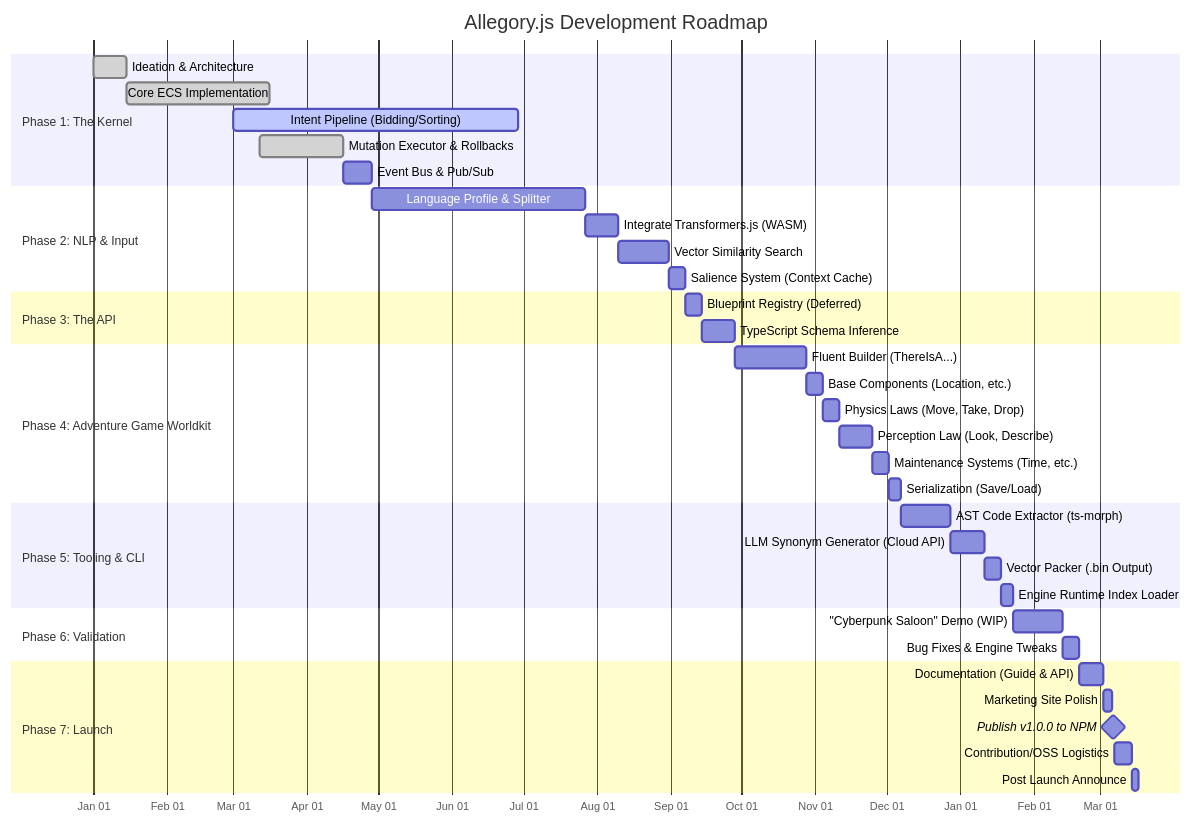
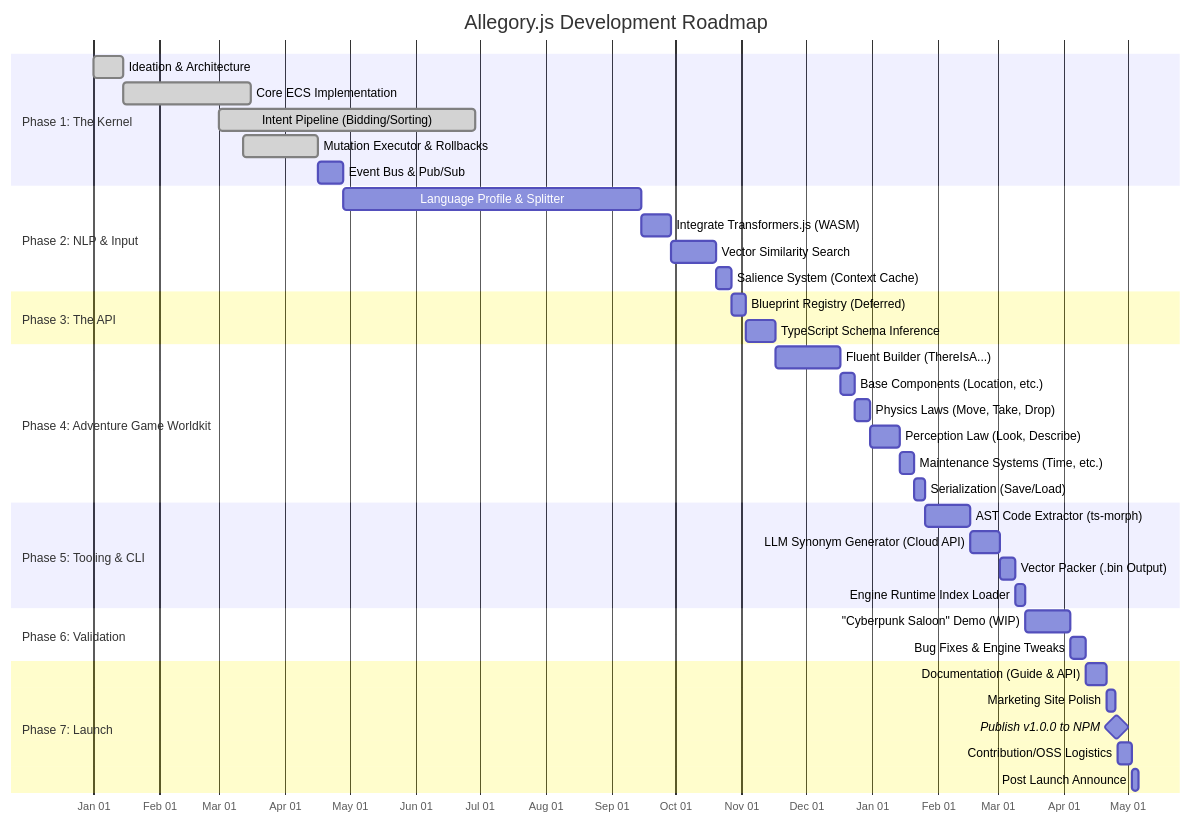
The diagram in README.md (allegoryjs/allegoryjs), drawn with Mermaid before and after one commit.

Commit message:
update mermaid roadmap

````diff
--- a/README.md
+++ b/README.md
@@ -54,48 +54,48 @@
 ```mermaid
 gantt
     title Allegory.js Development Roadmap
     dateFormat  YYYY-MM-DD
     axisFormat  %b %d
 
     section Phase 1: The Kernel
     Ideation & Architecture           :done,    p1_1, 2026-01-01, 14d
     Core ECS Implementation           :done,    p1_2, after p1_1, 60d
-    Intent Pipeline (Bidding/Sorting) :active,  p1_3, 2026-03-01, 120d
+    Intent Pipeline (Bidding/Sorting) :done,    p1_3, 2026-03-01, 120d
     Mutation Executor & Rollbacks     :done,    p1_4, 2026-03-12, 35d
     Event Bus & Pub/Sub               :         p1_5, after p1_4, 12d
 
     section Phase 2: NLP & Input
-    Language Profile & Splitter       :         p2_1, after p1_5, 90d
+    Language Profile & Splitter       :         p2_1, after p1_5, 140d
     Integrate Transformers.js (WASM)  :         p2_2, after p2_1, 14d
     Vector Similarity Search          :         p2_3, after p2_2, 21d
     Salience System (Context Cache)   :         p2_4, after p2_3, 7d
 
     section Phase 3: The API
     Blueprint Registry (Deferred)     :         p3_1, after p2_4, 7d
     TypeScript Schema Inference       :         p3_2, after p3_1, 14d
 
     section Phase 4: Adventure Game Worldkit
     Fluent Builder (ThereIsA...)      :         p4_0, after p3_2, 30d
     Base Components (Location, etc.)  :         p4_1, after p4_0, 7d
     Physics Laws (Move, Take, Drop)   :         p4_2, after p4_1, 7d
     Perception Law (Look, Describe)   :         p4_3, after p4_2, 14d
     Maintenance Systems (Time, etc.)  :         p4_4, after p4_3, 7d
     Serialization (Save/Load)         :         p4_5, after p4_4, 5d
 
     section Phase 5: Tooling & CLI
     AST Code Extractor (ts-morph)     :         t1, after p4_5, 21d
     LLM Synonym Generator (Cloud API) :         t2, after t1, 14d
     Vector Packer (.bin Output)       :         t3, after t2, 7d
     Engine Runtime Index Loader       :         t4, after t3, 5d
 
     section Phase 6: Validation
     "Cyberpunk Saloon" Demo (WIP)     :         p5_1, after t4, 21d
     Bug Fixes & Engine Tweaks         :         p5_2, after p5_1, 7d
 
     section Phase 7: Launch
     Documentation (Guide & API)       :         p6_1, after p5_2, 10d
     Marketing Site Polish             :         p6_2, after p6_1, 4d
     Publish v1.0.0 to NPM             :milestone, m1, after p6_2, 1d
     Contribution/OSS Logistics        :         p6_3, after m1,   7d
     Post Launch Announce              :         p6_4, after p6_3, 3d
 ```
````
